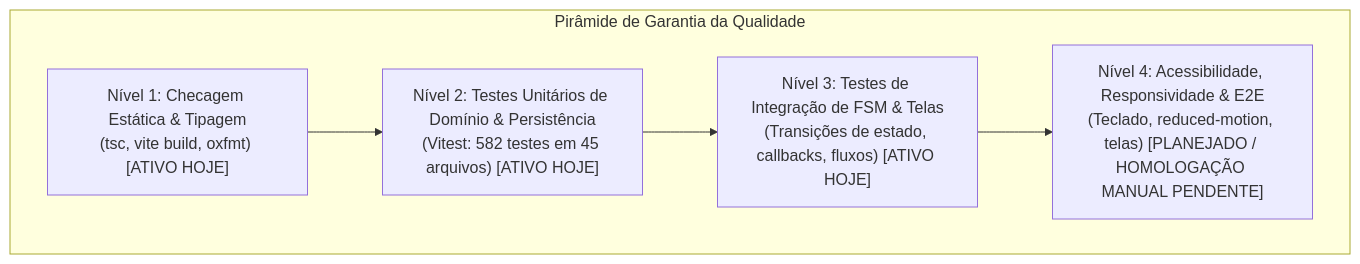
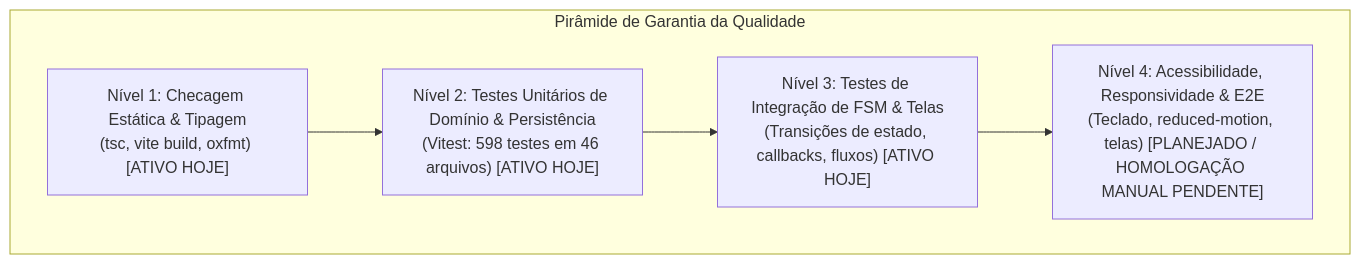
The diagram in docs/wiki/08-testing-and-quality.md (MarcosV22/ClickOrder), drawn with Mermaid before and after one commit. The commit also changed other lines of this file and 11 other files, not shown here.

````diff
--- a/docs/wiki/08-testing-and-quality.md
+++ b/docs/wiki/08-testing-and-quality.md
@@ -71,13 +72,13 @@
 ```mermaid
 graph TD
     subgraph Piramide_Qualidade ["Pirâmide de Garantia da Qualidade"]
         N1["Nível 1: Checagem Estática & Tipagem\n(tsc, vite build, oxfmt) [ATIVO HOJE]"]
-        N2["Nível 2: Testes Unitários de Domínio & Persistência\n(Vitest: 582 testes em 45 arquivos) [ATIVO HOJE]"]
+        N2["Nível 2: Testes Unitários de Domínio & Persistência\n(Vitest: 598 testes em 46 arquivos) [ATIVO HOJE]"]
         N3["Nível 3: Testes de Integração de FSM & Telas\n(Transições de estado, callbacks, fluxos) [ATIVO HOJE]"]
         N4["Nível 4: Acessibilidade, Responsividade & E2E\n(Teclado, reduced-motion, telas) [PLANEJADO / HOMOLOGAÇÃO MANUAL PENDENTE]"]
 
         N1 --> N2
         N2 --> N3
         N3 --> N4
     end
 ```
````
